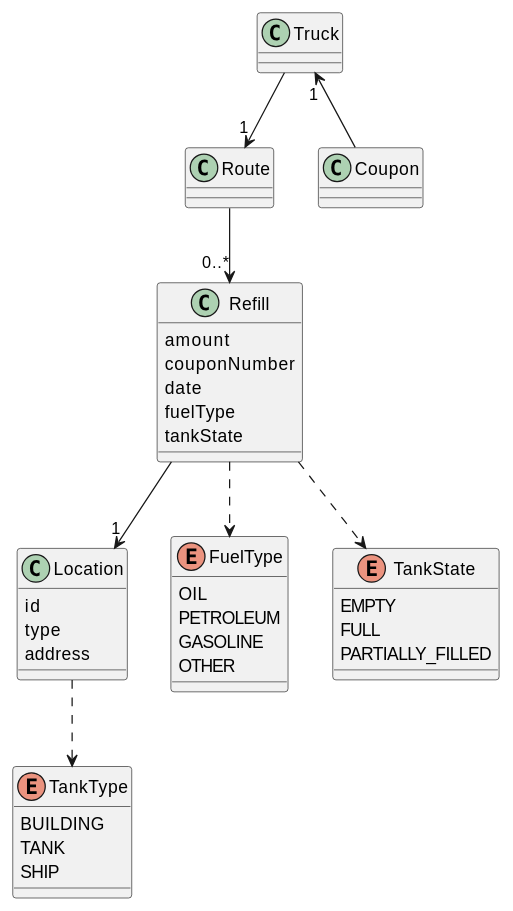
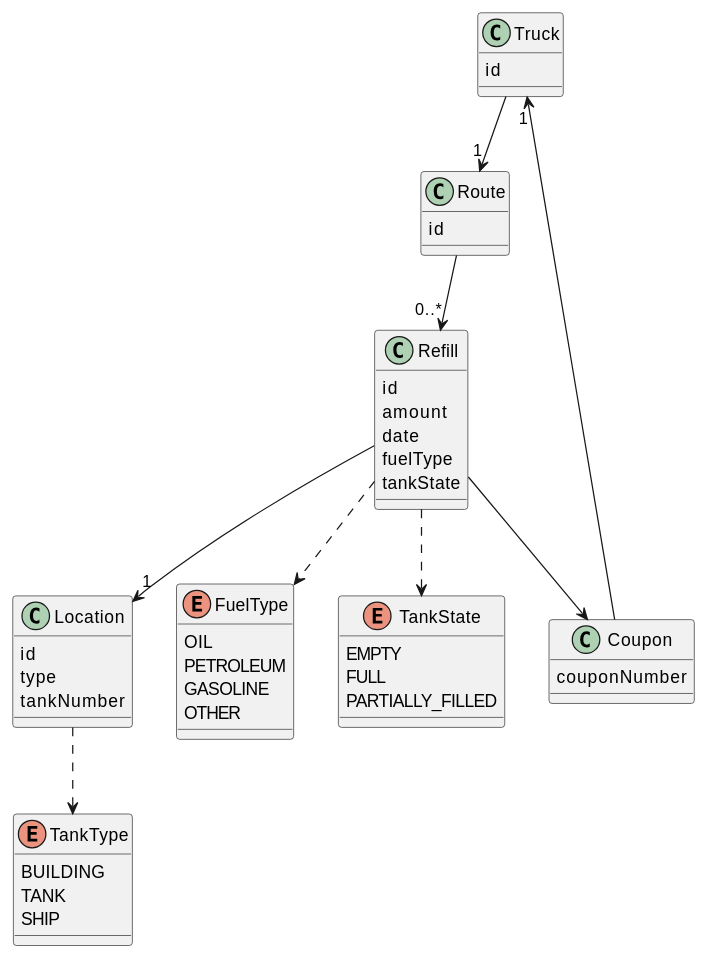
The diagram in docs/entity-datamodel.md (IT-Minds/client_comby_oilcontrols), drawn with PlantUML before and after one commit. The commit also changed 6 other files, not shown here.

````diff
--- a/docs/entity-datamodel.md
+++ b/docs/entity-datamodel.md
@@ -5,57 +5,58 @@
 ```plantuml
 @startuml
 class Truck {
-
+  id
 }
 
 class Route {
-
+  id
 }
 
 class Location {
-    id 
-    type
-    address
+  id
+  type
+  tankNumber
 }
 
 class Refill {
-    amount
-    couponNumber
-    date
-    fuelType
-    tankState
+  id
+  amount
+  date
+  fuelType
+  tankState
 }
 
 enum FuelType {
-    OIL
-    PETROLEUM
-    GASOLINE
-    OTHER
+  OIL
+  PETROLEUM
+  GASOLINE
+  OTHER
 }
 
 enum TankType {
-    BUILDING
-    TANK
-    SHIP
+  BUILDING
+  TANK
+  SHIP
 }
 
 enum TankState {
   EMPTY
   FULL
   PARTIALLY_FILLED
 }
 
 class Coupon {
-
+  couponNumber
 }
 
 Truck --> "1" Route
-Route --> "0..*" Refill 
+Route --> "0..*" Refill
 Refill --> "1" Location
+Refill --> Coupon
 Refill ..> FuelType
 Location ..> TankType
 Refill ..> TankState
 Truck "1" <-- Coupon
 @enduml
 
 ```
````
